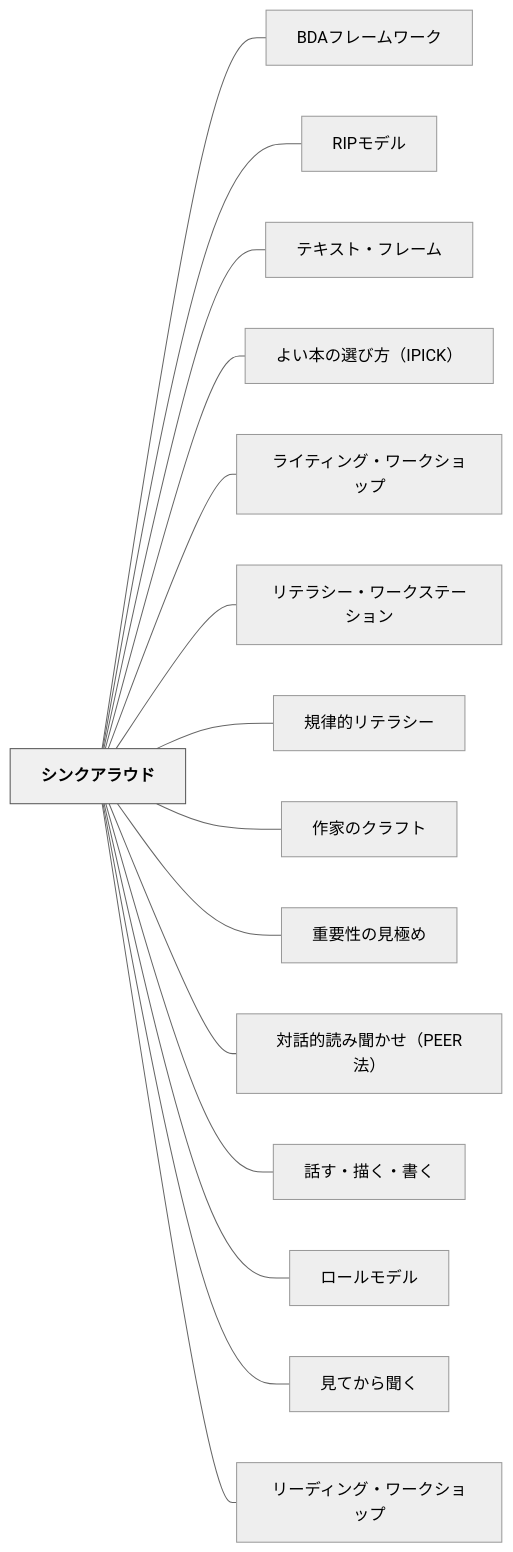
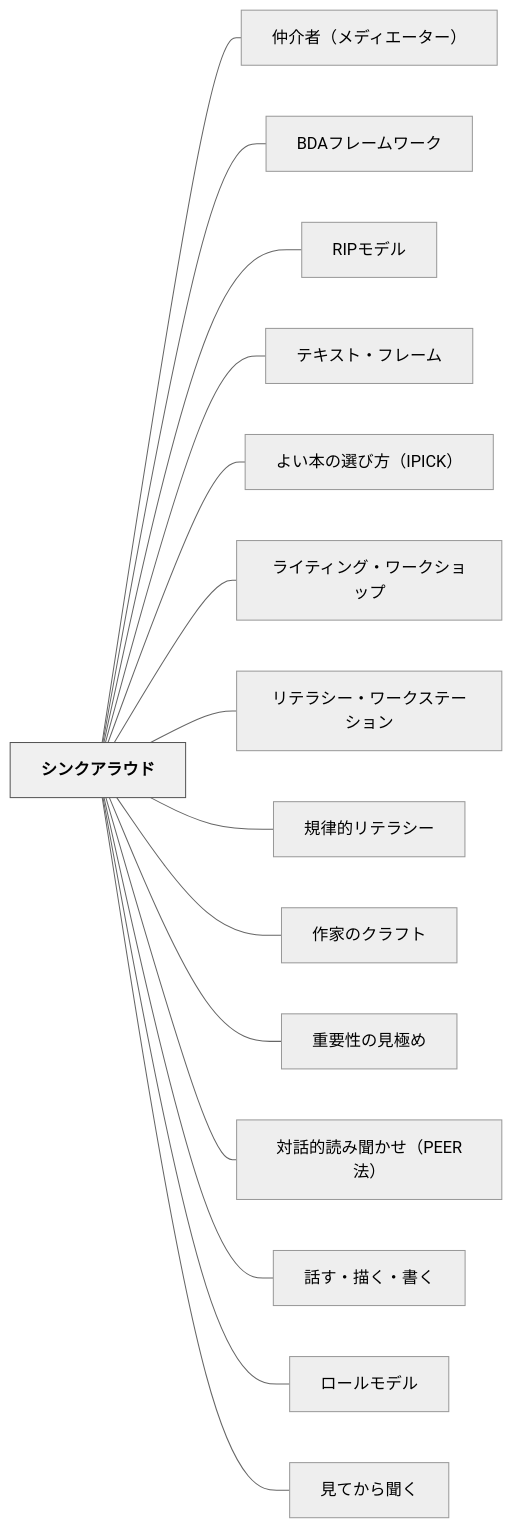
One commit to unknownthings-ed-patterns/unknownthings-ed-patterns changed the diagram in content/パタン/シンクアラウド.md. Above: the diagram before and after it, drawn with Mermaid (neutral theme). The commit also changed other lines of this file and 185 other files, not shown here.

````diff
--- a/content/パタン/シンクアラウド.md
+++ b/content/パタン/シンクアラウド.md
@@ -174,36 +175,36 @@
 ```mermaid
 flowchart LR
     ne382b7e383b3e382afe382a2e383a9e382a6e38389["シンクアラウド"]
+    ne4bbb2e4bb8be88085efbc88e383a1e38387e382a3e382a8e383bce382bfe383bcefbc89["仲介者（メディエーター）"]
     n424441e38395e383ace383bce383a0e383afe383bce382af["BDAフレームワーク"]
     n524950e383a2e38387e383ab["RIPモデル"]
     ne38386e382ade382b9e38388e383bbe38395e383ace383bce383a0["テキスト・フレーム"]
     ne38288e38184e69cace381aee981b8e381b3e696b9efbc88495049434befbc89["よい本の選び方（IPICK）"]
     ne383a9e382a4e38386e382a3e383b3e382b0e383bbe383afe383bce382afe382b7e383a7e38383e38397["ライティング・ワークショップ"]
     ne383aae38386e383a9e382b7e383bce383bbe383afe383bce382afe382b9e38386e383bce382b7e383a7e383b3["リテラシー・ワークステーション"]
     ne8a68fe5be8be79a84e383aae38386e383a9e382b7e383bc["規律的リテラシー"]
     ne4bd9ce5aeb6e381aee382afe383a9e38395e38388["作家のクラフト"]
     ne9878de8a681e680a7e381aee8a68be6a5b5e38281["重要性の見極め"]
     ne5afbee8a9b1e79a84e8aaade381bfe8819ee3818be3819befbc8850454552e6b395efbc89["対話的読み聞かせ（PEER法）"]
     ne8a9b1e38199e383bbe68f8fe3818fe383bbe69bb8e3818f["話す・描く・書く"]
     ne383ade383bce383abe383a2e38387e383ab["ロールモデル"]
     ne8a68be381a6e3818be38289e8819ee3818f["見てから聞く"]
-    ne383aae383bce38387e382a3e383b3e382b0e383bbe383afe383bce382afe382b7e383a7e38383e38397["リーディング・ワークショップ"]
 
+    ne382b7e383b3e382afe382a2e383a9e382a6e38389 --- ne4bbb2e4bb8be88085efbc88e383a1e38387e382a3e382a8e383bce382bfe383bcefbc89
     ne382b7e383b3e382afe382a2e383a9e382a6e38389 --- n424441e38395e383ace383bce383a0e383afe383bce382af
     ne382b7e383b3e382afe382a2e383a9e382a6e38389 --- n524950e383a2e38387e383ab
     ne382b7e383b3e382afe382a2e383a9e382a6e38389 --- ne38386e382ade382b9e38388e383bbe38395e383ace383bce383a0
     ne382b7e383b3e382afe382a2e383a9e382a6e38389 --- ne38288e38184e69cace381aee981b8e381b3e696b9efbc88495049434befbc89
     ne382b7e383b3e382afe382a2e383a9e382a6e38389 --- ne383a9e382a4e38386e382a3e383b3e382b0e383bbe383afe383bce382afe382b7e383a7e38383e38397
     ne382b7e383b3e382afe382a2e383a9e382a6e38389 --- ne383aae38386e383a9e382b7e383bce383bbe383afe383bce382afe382b9e38386e383bce382b7e383a7e383b3
     ne382b7e383b3e382afe382a2e383a9e382a6e38389 --- ne8a68fe5be8be79a84e383aae38386e383a9e382b7e383bc
     ne382b7e383b3e382afe382a2e383a9e382a6e38389 --- ne4bd9ce5aeb6e381aee382afe383a9e38395e38388
     ne382b7e383b3e382afe382a2e383a9e382a6e38389 --- ne9878de8a681e680a7e381aee8a68be6a5b5e38281
     ne382b7e383b3e382afe382a2e383a9e382a6e38389 --- ne5afbee8a9b1e79a84e8aaade381bfe8819ee3818be3819befbc8850454552e6b395efbc89
     ne382b7e383b3e382afe382a2e383a9e382a6e38389 --- ne8a9b1e38199e383bbe68f8fe3818fe383bbe69bb8e3818f
     ne382b7e383b3e382afe382a2e383a9e382a6e38389 --- ne383ade383bce383abe383a2e38387e383ab
     ne382b7e383b3e382afe382a2e383a9e382a6e38389 --- ne8a68be381a6e3818be38289e8819ee3818f
-    ne382b7e383b3e382afe382a2e383a9e382a6e38389 --- ne383aae383bce38387e382a3e383b3e382b0e383bbe383afe383bce382afe382b7e383a7e38383e38397
 
     classDef hub fill:#f0f0f0,stroke:#555,color:#000,font-weight:bold
     class ne382b7e383b3e382afe382a2e383a9e382a6e38389 hub
 ```
````
